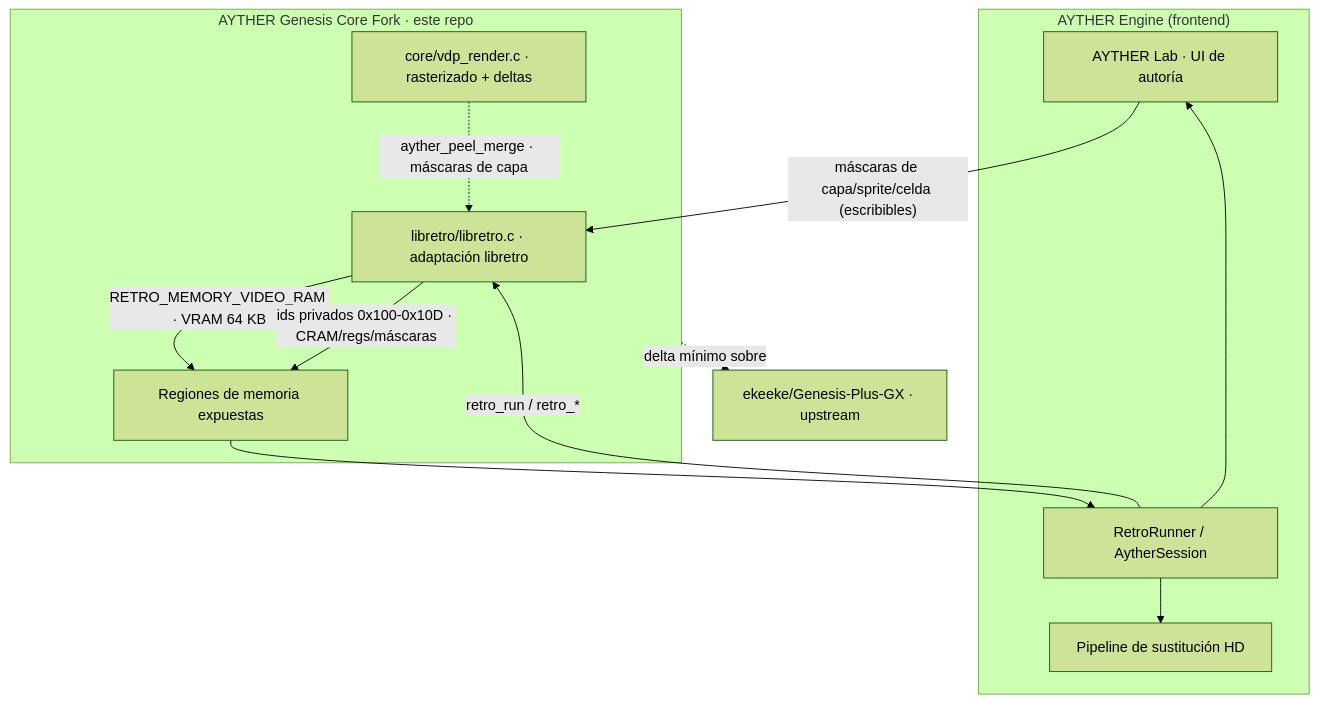
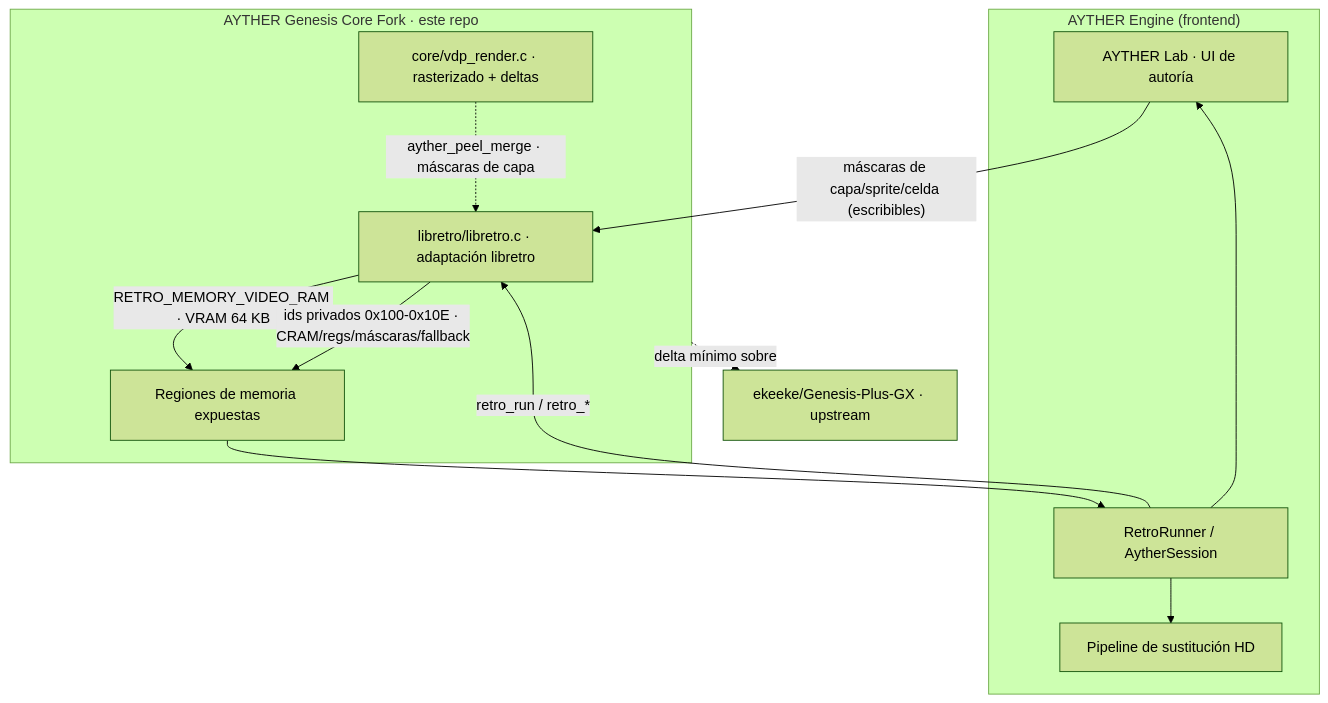
One commit to davidlazarte/Genesis-Plus-GX changed the diagram in README.md. Above: the diagram before and after it, drawn with Mermaid (forest theme). The commit also changed other lines of this file and 25 other files, not shown here.

````diff
--- a/README.md
+++ b/README.md
@@ -61,24 +66,24 @@
 ```mermaid
 flowchart TB
     subgraph FE["AYTHER Engine (frontend)"]
         Lab["AYTHER Lab · UI de autoría"]
         Runner["RetroRunner / AytherSession"]
         HD["Pipeline de sustitución HD"]
     end
     subgraph CORE["AYTHER Genesis Core Fork · este repo"]
         Libretro["libretro/libretro.c · adaptación libretro"]
         VDP["core/vdp_render.c · rasterizado + deltas"]
         Mem["Regiones de memoria expuestas"]
     end
     UP["ekeeke/Genesis-Plus-GX · upstream"]
 
     Runner -- "retro_run / retro_*" --> Libretro
     Libretro -- "RETRO_MEMORY_VIDEO_RAM · VRAM 64 KB" --> Mem
-    Libretro -- "ids privados 0x100-0x10D · CRAM/regs/máscaras" --> Mem
+    Libretro -- "ids privados 0x100-0x10E · CRAM/regs/máscaras/fallback" --> Mem
     VDP -. "ayther_peel_merge · máscaras de capa" .-> Libretro
     Mem --> Runner
     Runner --> Lab
     Lab -- "máscaras de capa/sprite/celda (escribibles)" --> Libretro
     Runner --> HD
     CORE -. "delta mínimo sobre" .-> UP
 ```
````
